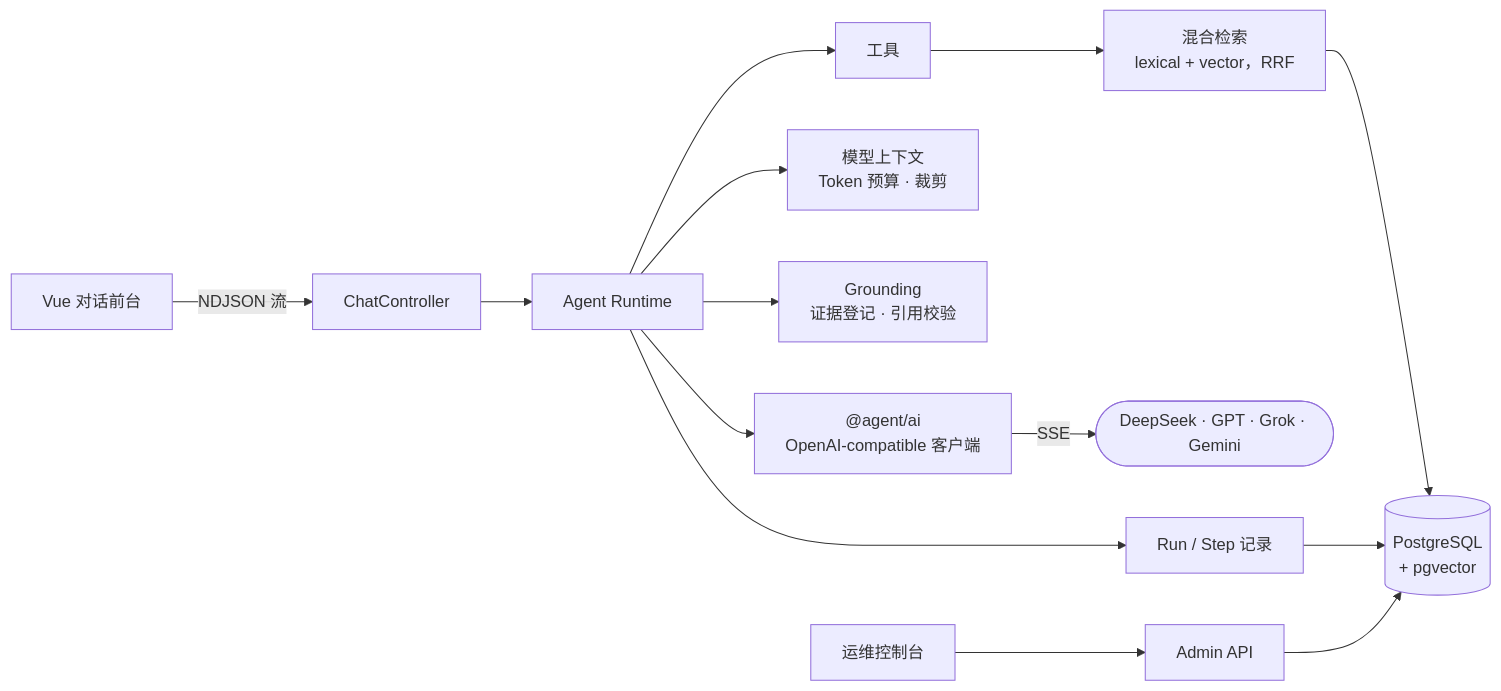
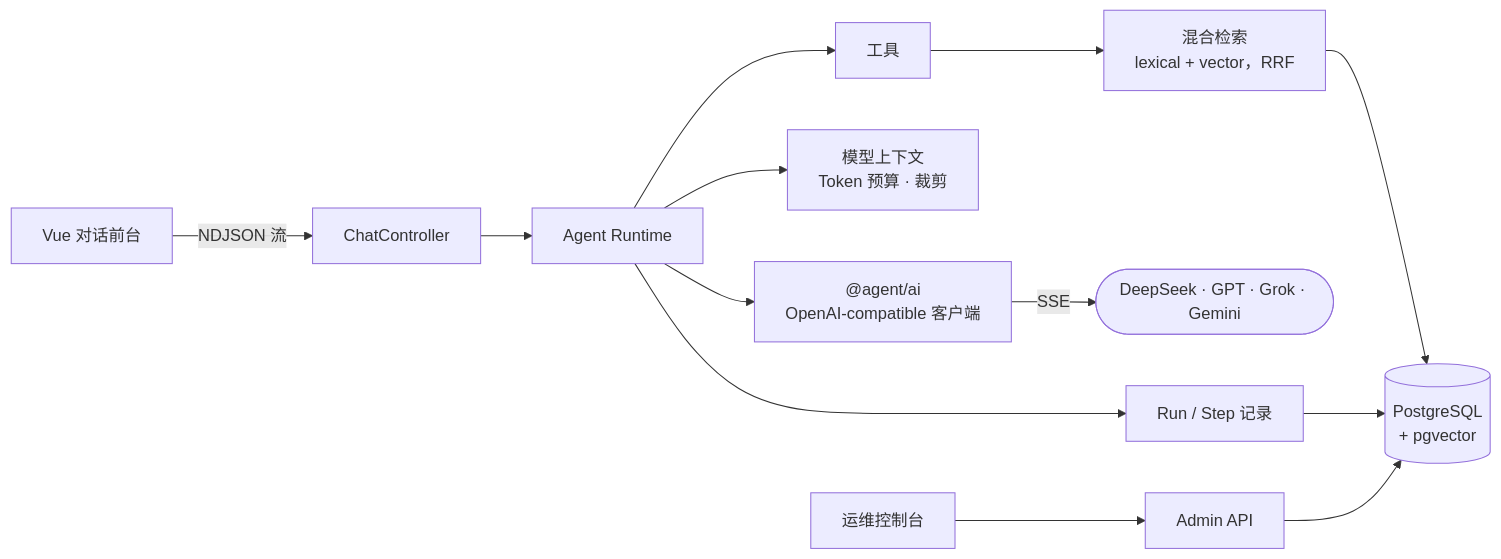
The diagram in README.zh-CN.md (mufeiyu-ayu/agent), drawn with Mermaid before and after one commit. The commit also changed other lines of this file and 113 other files, not shown here.

````diff
--- a/README.zh-CN.md
+++ b/README.zh-CN.md
@@ -100,14 +93,13 @@
 ```mermaid
 flowchart LR
     Web[Vue 对话前台] -->|NDJSON 流| API[ChatController]
     Admin[运维控制台] --> AdminAPI[Admin API]
     API --> Runtime[Agent Runtime]
     Runtime --> Context[模型上下文<br/>Token 预算 · 裁剪]
-    Runtime --> Grounding[Grounding<br/>证据登记 · 引用校验]
     Runtime --> LLM["@agent/ai<br/>OpenAI-compatible 客户端"]
     LLM -->|SSE| Providers([DeepSeek · GPT · Grok · Gemini])
     Runtime --> Tools[工具] --> Retrieval[混合检索<br/>lexical + vector，RRF]
     Retrieval --> DB[(PostgreSQL<br/>+ pgvector)]
     Runtime --> Recorder[Run / Step 记录] --> DB
     AdminAPI --> DB
 ```
````
